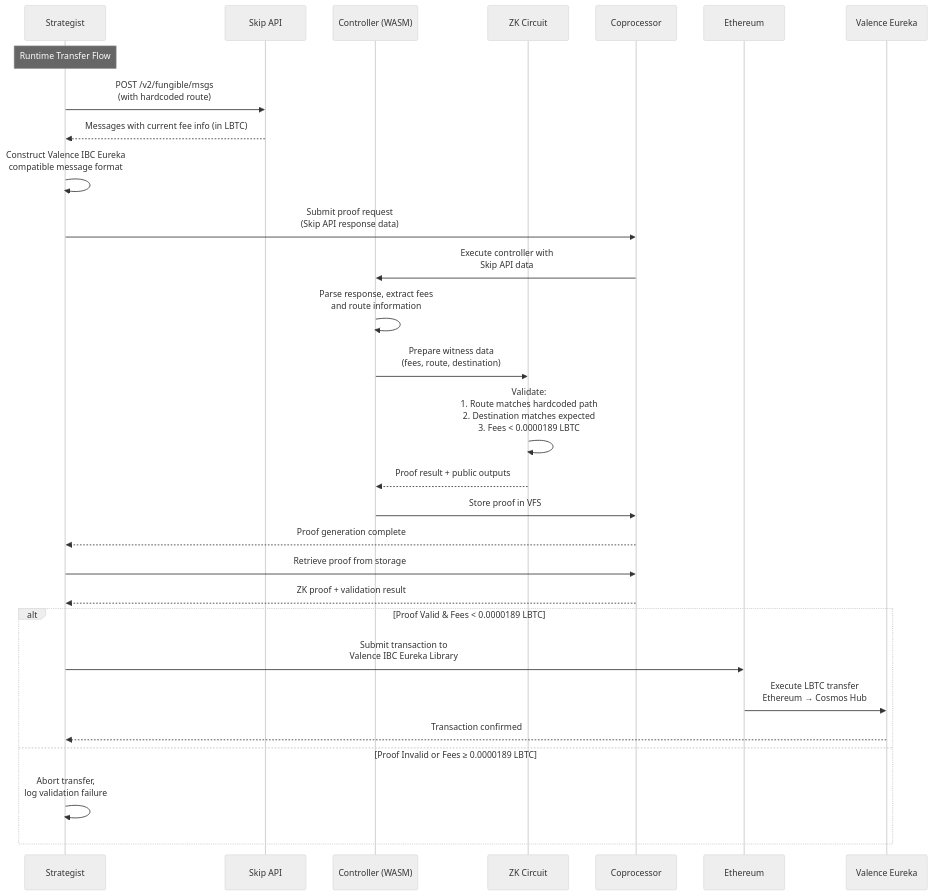
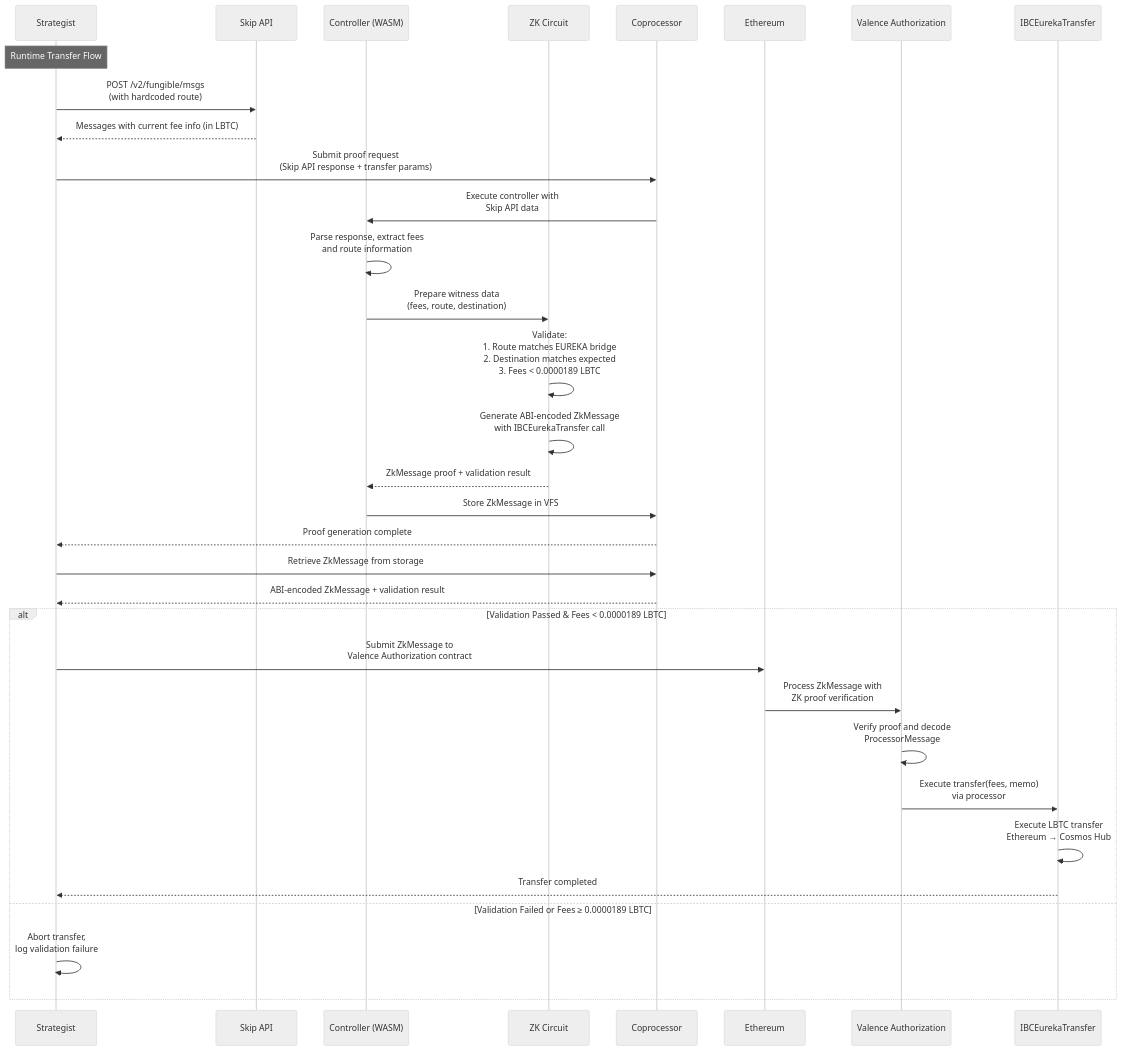
Before and after one commit to timewave-computer/valence-coprocessor-app: the diagram in docs/architecture.md, drawn with Mermaid (neutral theme). The commit also changed other lines of this file and 8 other files, not shown here.

````diff
--- a/docs/architecture.md
+++ b/docs/architecture.md
@@ -126,37 +189,40 @@
 ```mermaid
 sequenceDiagram
     participant S as Strategist
     participant SA as Skip API
     participant C as Controller (WASM)
     participant ZK as ZK Circuit
     participant CP as Coprocessor
     participant E as Ethereum
-    participant VE as Valence Eureka
+    participant VA as Valence Authorization
+    participant VE as IBCEurekaTransfer
 
     Note over S: Runtime Transfer Flow
     
     S->>SA: POST /v2/fungible/msgs<br/>(with hardcoded route)
     SA-->>S: Messages with current fee info (in LBTC)
     
-    S->>S: Construct Valence IBC Eureka<br/>compatible message format
-    
-    S->>CP: Submit proof request<br/>(Skip API response data)
+    S->>CP: Submit proof request<br/>(Skip API response + transfer params)
     CP->>C: Execute controller with<br/>Skip API data
     C->>C: Parse response, extract fees<br/>and route information
     C->>ZK: Prepare witness data<br/>(fees, route, destination)
-    ZK->>ZK: Validate:<br/>1. Route matches hardcoded path<br/>2. Destination matches expected<br/>3. Fees < 0.0000189 LBTC
-    ZK-->>C: Proof result + public outputs
-    C->>CP: Store proof in VFS
+    ZK->>ZK: Validate:<br/>1. Route matches EUREKA bridge<br/>2. Destination matches expected<br/>3. Fees < 0.0000189 LBTC
+    ZK->>ZK: Generate ABI-encoded ZkMessage<br/>with IBCEurekaTransfer call
+    ZK-->>C: ZkMessage proof + validation result
+    C->>CP: Store ZkMessage in VFS
     CP-->>S: Proof generation complete
     
-    S->>CP: Retrieve proof from storage
-    CP-->>S: ZK proof + validation result
+    S->>CP: Retrieve ZkMessage from storage
+    CP-->>S: ABI-encoded ZkMessage + validation result
     
-    alt Proof Valid & Fees < 0.0000189 LBTC
-        S->>E: Submit transaction to<br/>Valence IBC Eureka Library
-        E->>VE: Execute LBTC transfer<br/>Ethereum → Cosmos Hub
-        VE-->>S: Transaction confirmed
-    else Proof Invalid or Fees ≥ 0.0000189 LBTC
+    alt Validation Passed & Fees < 0.0000189 LBTC
+        S->>E: Submit ZkMessage to<br/>Valence Authorization contract
+        E->>VA: Process ZkMessage with<br/>ZK proof verification
+        VA->>VA: Verify proof and decode<br/>ProcessorMessage
+        VA->>VE: Execute transfer(fees, memo)<br/>via processor
+        VE->>VE: Execute LBTC transfer<br/>Ethereum → Cosmos Hub
+        VE-->>S: Transfer completed
+    else Validation Failed or Fees ≥ 0.0000189 LBTC
         S->>S: Abort transfer,<br/>log validation failure
     end
 ```
````
